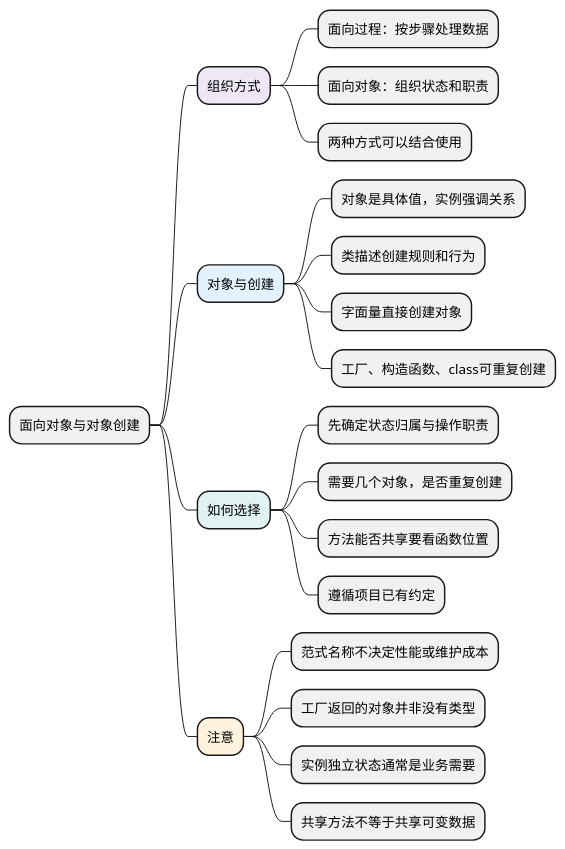
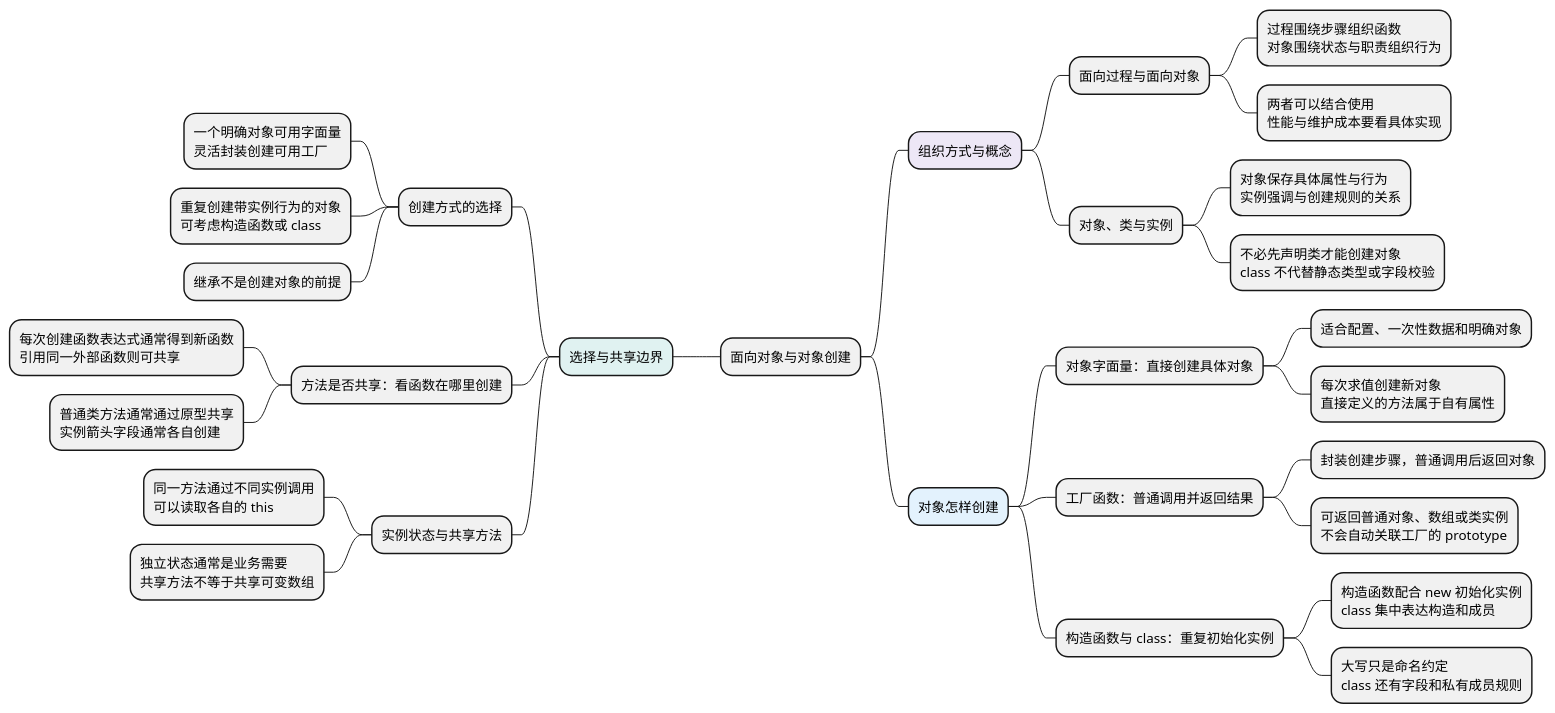
The diagram in docs/AI前端全栈教材/01_JavaScript/03_对象机制/01_面向对象与对象创建.md (chenx18/JAVA), drawn with PlantUML before and after one commit. The commit also changed other lines of this file and 84 other files, not shown here.

````diff
--- a/docs/AI前端全栈教材/01_JavaScript/03_对象机制/01_面向对象与对象创建.md
+++ b/docs/AI前端全栈教材/01_JavaScript/03_对象机制/01_面向对象与对象创建.md
@@ -9,31 +9,41 @@
 ```plantuml
 @startmindmap
 skinparam defaultFontName Microsoft YaHei
 skinparam defaultFontSize 14
 skinparam dpi 100
 skinparam backgroundColor white
 skinparam shadowing false
 
 * 面向对象与对象创建
-**[#EDE7F6] 组织方式
-*** 面向过程：按步骤处理数据
-*** 面向对象：组织状态和职责
-*** 两种方式可以结合使用
-**[#E3F2FD] 对象与创建
-*** 对象是具体值，实例强调关系
-*** 类描述创建规则和行为
-*** 字面量直接创建对象
-*** 工厂、构造函数、class可重复创建
-**[#E0F2F1] 如何选择
-*** 先确定状态归属与操作职责
-*** 需要几个对象，是否重复创建
-*** 方法能否共享要看函数位置
-*** 遵循项目已有约定
-**[#FFF3E0] 注意
-*** 范式名称不决定性能或维护成本
-*** 工厂返回的对象并非没有类型
-*** 实例独立状态通常是业务需要
-*** 共享方法不等于共享可变数据
+**[#EDE7F6] 组织方式与概念
+*** 面向过程与面向对象
+**** 过程围绕步骤组织函数\n对象围绕状态与职责组织行为
+**** 两者可以结合使用\n性能与维护成本要看具体实现
+*** 对象、类与实例
+**** 对象保存具体属性与行为\n实例强调与创建规则的关系
+**** 不必先声明类才能创建对象\nclass 不代替静态类型或字段校验
+**[#E3F2FD] 对象怎样创建
+*** 对象字面量：直接创建具体对象
+**** 适合配置、一次性数据和明确对象
+**** 每次求值创建新对象\n直接定义的方法属于自有属性
+*** 工厂函数：普通调用并返回结果
+**** 封装创建步骤，普通调用后返回对象
+**** 可返回普通对象、数组或类实例\n不会自动关联工厂的 prototype
+*** 构造函数与 class：重复初始化实例
+**** 构造函数配合 new 初始化实例\nclass 集中表达构造和成员
+**** 大写只是命名约定\nclass 还有字段和私有成员规则
+left side
+**[#E0F2F1] 选择与共享边界
+*** 创建方式的选择
+**** 一个明确对象可用字面量\n灵活封装创建可用工厂
+**** 重复创建带实例行为的对象\n可考虑构造函数或 class
+**** 继承不是创建对象的前提
+*** 方法是否共享：看函数在哪里创建
+**** 每次创建函数表达式通常得到新函数\n引用同一外部函数则可共享
+**** 普通类方法通常通过原型共享\n实例箭头字段通常各自创建
+*** 实例状态与共享方法
+**** 同一方法通过不同实例调用\n可以读取各自的 this
+**** 独立状态通常是业务需要\n共享方法不等于共享可变数组
 
 @endmindmap
 ```
````
